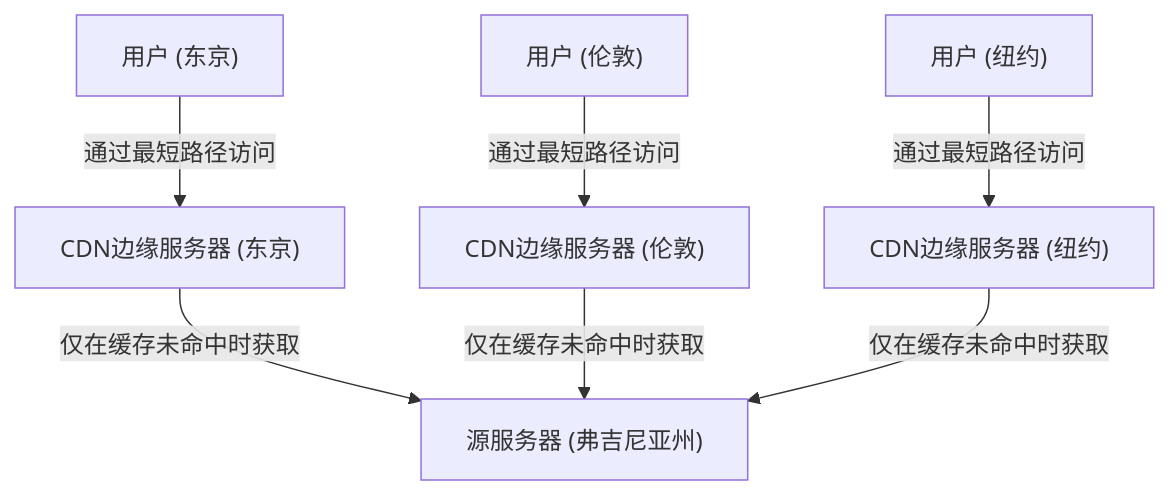
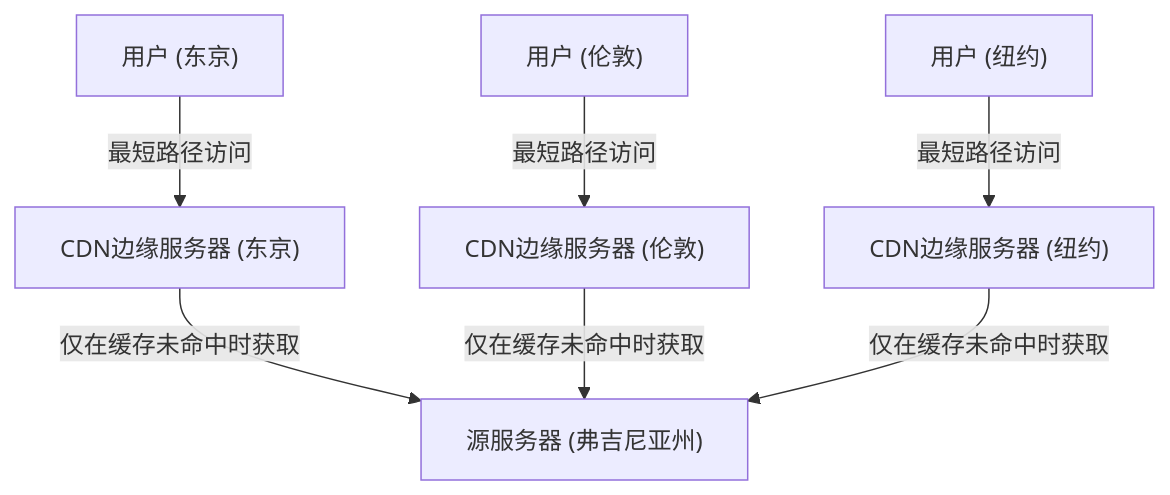
Before and after one commit to kenjinote/blog: diagram 12 of 18 in content/post/how-the-internet-works-comprehensive-guide/index.zh-cn.md, drawn with Mermaid. The commit also changed other lines of this file, not shown here.

````diff
--- a/content/post/how-the-internet-works-comprehensive-guide/index.zh-cn.md
+++ b/content/post/how-the-internet-works-comprehensive-guide/index.zh-cn.md
@@ -752,10 +798,10 @@
 ```mermaid
 graph TD
-    UserA["用户 (东京)"] -- "通过最短路径访问" --> EdgeA["CDN边缘服务器 (东京)"]
-    UserB["用户 (伦敦)"] -- "通过最短路径访问" --> EdgeB["CDN边缘服务器 (伦敦)"]
-    UserC["用户 (纽约)"] -- "通过最短路径访问" --> EdgeC["CDN边缘服务器 (纽约)"]
+    UserA["用户 (东京)"] -- "最短路径访问" --> EdgeA["CDN边缘服务器 (东京)"]
+    UserB["用户 (伦敦)"] -- "最短路径访问" --> EdgeB["CDN边缘服务器 (伦敦)"]
+    UserC["用户 (纽约)"] -- "最短路径访问" --> EdgeC["CDN边缘服务器 (纽约)"]
     
     EdgeA -- "仅在缓存未命中时获取" --> Origin["源服务器 (弗吉尼亚州)"]
     EdgeB -- "仅在缓存未命中时获取" --> Origin
     EdgeC -- "仅在缓存未命中时获取" --> Origin
 ```
````
